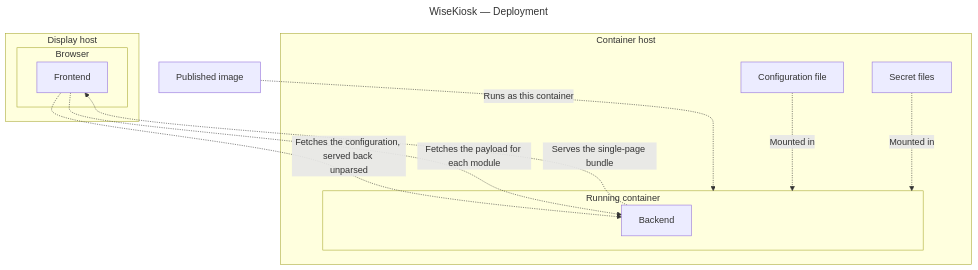
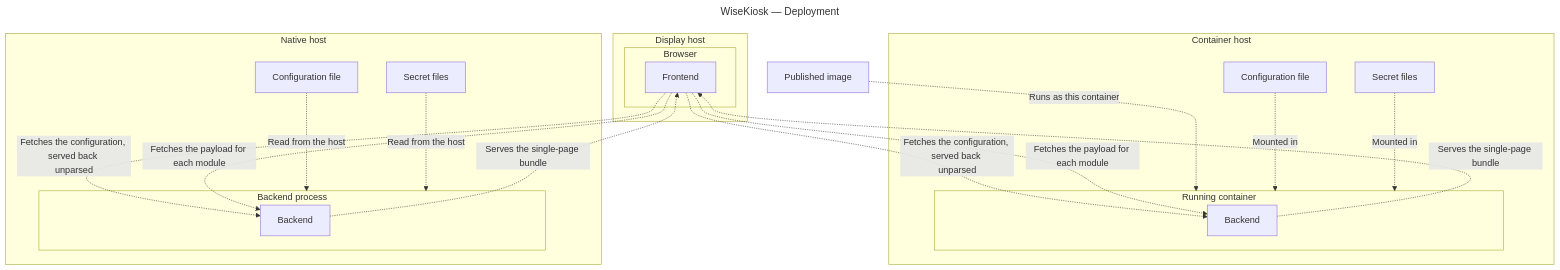
The diagram in docs/architecture/generated/deployment.mmd (tjwise99/WiseKiosk), drawn with Mermaid before and after one commit. The commit also changed 3 other files, not shown here.

```diff
--- a/docs/architecture/generated/deployment.mmd
+++ b/docs/architecture/generated/deployment.mmd
@@ -1,24 +1,37 @@
 ---
 title: "WiseKiosk — Deployment"
 ---
 graph TB
   subgraph DisplayHost["`Display host`"]
     subgraph DisplayHost.DisplayBrowser["`Browser`"]
       DisplayHost.DisplayBrowser.Frontend@{ shape: rectangle, label: "Frontend" }
     end
   end
   PublishedImage@{ shape: rectangle, label: "Published image" }
   subgraph ContainerHost["`Container host`"]
     ContainerHost.ConfigurationFile@{ shape: rectangle, label: "Configuration file" }
     ContainerHost.SecretFiles@{ shape: rectangle, label: "Secret files" }
     subgraph ContainerHost.RunningContainer["`Running container`"]
       ContainerHost.RunningContainer.Backend@{ shape: rectangle, label: "Backend" }
     end
   end
+  subgraph NativeHost["`Native host`"]
+    NativeHost.NativeConfigurationFile@{ shape: rectangle, label: "Configuration file" }
+    NativeHost.NativeSecretFiles@{ shape: rectangle, label: "Secret files" }
+    subgraph NativeHost.NativeProcess["`Backend process`"]
+      NativeHost.NativeProcess.Backend@{ shape: rectangle, label: "Backend" }
+    end
+  end
   DisplayHost.DisplayBrowser.Frontend -. "`Fetches the configuration, served back 
 unparsed`" .-> ContainerHost.RunningContainer.Backend
   DisplayHost.DisplayBrowser.Frontend -. "`Fetches the payload for each module`" .-> ContainerHost.RunningContainer.Backend
+  DisplayHost.DisplayBrowser.Frontend -. "`Fetches the configuration, served back 
+unparsed`" .-> NativeHost.NativeProcess.Backend
+  DisplayHost.DisplayBrowser.Frontend -. "`Fetches the payload for each module`" .-> NativeHost.NativeProcess.Backend
   ContainerHost.RunningContainer.Backend -. "`Serves the single-page bundle`" .-> DisplayHost.DisplayBrowser.Frontend
+  NativeHost.NativeProcess.Backend -. "`Serves the single-page bundle`" .-> DisplayHost.DisplayBrowser.Frontend
   PublishedImage -. "`Runs as this container`" .-> ContainerHost.RunningContainer
   ContainerHost.ConfigurationFile -. "`Mounted in`" .-> ContainerHost.RunningContainer
   ContainerHost.SecretFiles -. "`Mounted in`" .-> ContainerHost.RunningContainer
+  NativeHost.NativeConfigurationFile -. "`Read from the host`" .-> NativeHost.NativeProcess
+  NativeHost.NativeSecretFiles -. "`Read from the host`" .-> NativeHost.NativeProcess
```
